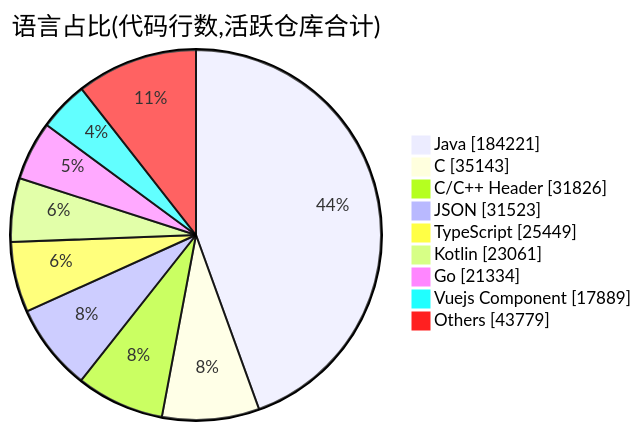
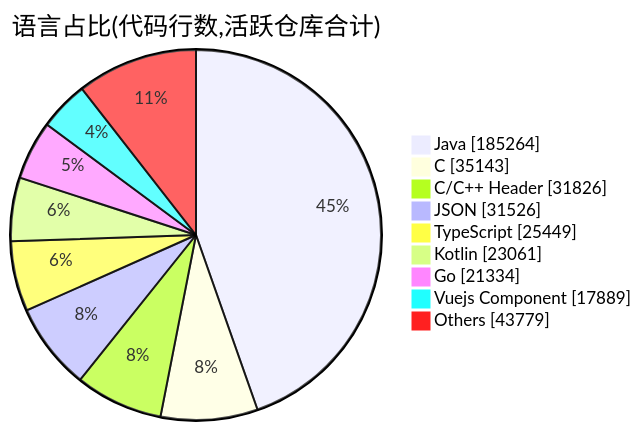
One commit to Conflux-Union/.github changed the second of 2 diagrams in profile/README.md. Above: the diagram before and after it, drawn with Mermaid. The commit also changed other lines of this file and 1 other file, not shown here.

````diff
--- a/profile/README.md
+++ b/profile/README.md
@@ -81,13 +81,13 @@
 ```mermaid
 pie showData
     title 语言占比(代码行数,活跃仓库合计)
-    "Java" : 184221
+    "Java" : 185264
     "C" : 35143
     "C/C++ Header" : 31826
-    "JSON" : 31523
+    "JSON" : 31526
     "TypeScript" : 25449
     "Kotlin" : 23061
     "Go" : 21334
     "Vuejs Component" : 17889
     "Others" : 43779
 ```
````
